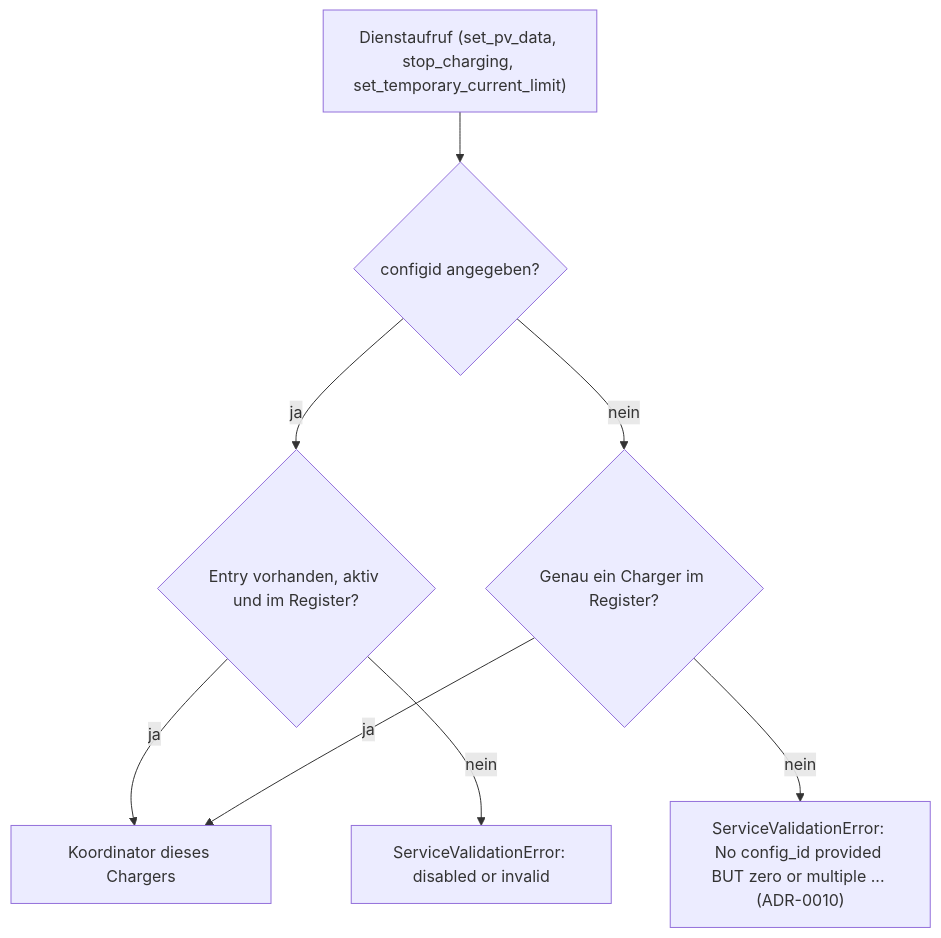
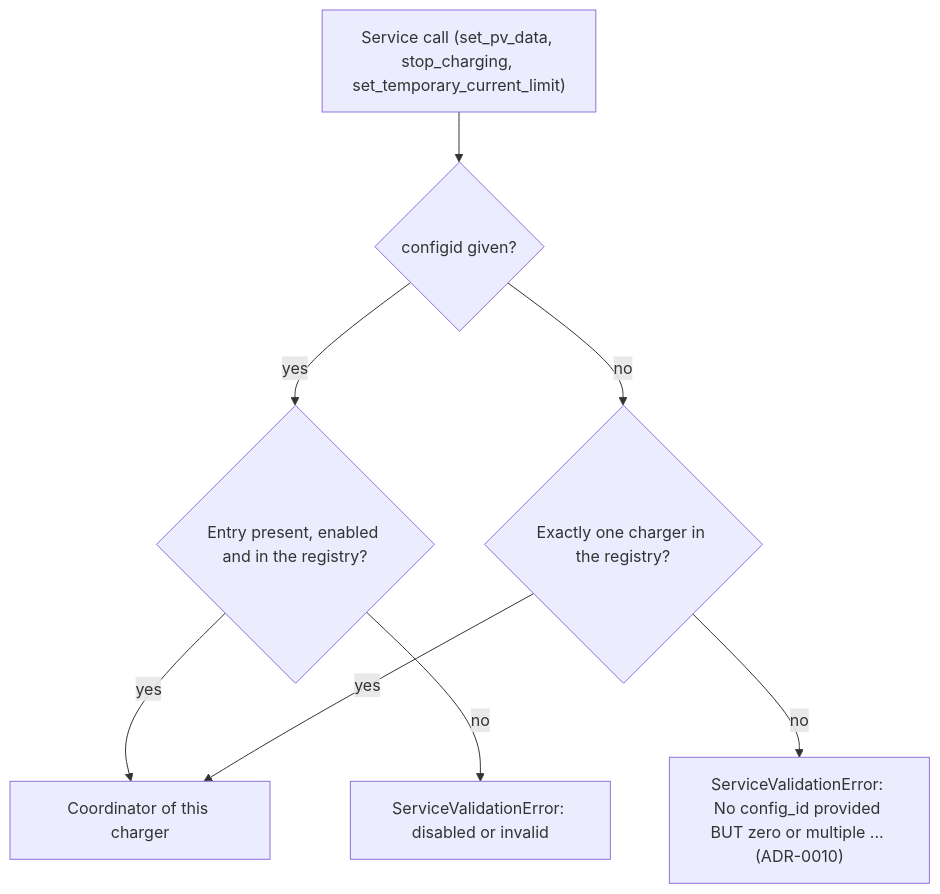
Before and after one commit to OliEder/ha-goecharger-api2: the ninth of 12 diagrams in docs/architecture/arc42-ha-goecharger-api2.md, drawn with Mermaid. The commit also changed other lines of this file and 89 other files, not shown here.

````diff
--- a/docs/architecture/arc42-ha-goecharger-api2.md
+++ b/docs/architecture/arc42-ha-goecharger-api2.md
@@ -413,10 +413,10 @@
 ```mermaid
 flowchart TD
-    A["Dienstaufruf (set_pv_data, stop_charging, set_temporary_current_limit)"] --> B{"configid angegeben?"}
-    B -- ja --> C{"Entry vorhanden, aktiv und im Register?"}
-    C -- ja --> D["Koordinator dieses Chargers"]
-    C -- nein --> E["ServiceValidationError: disabled or invalid"]
-    B -- nein --> F{"Genau ein Charger im Register?"}
-    F -- ja --> D
-    F -- nein --> G["ServiceValidationError: No config_id provided BUT zero or multiple ... (ADR-0010)"]
+    A["Service call (set_pv_data, stop_charging, set_temporary_current_limit)"] --> B{"configid given?"}
+    B -- yes --> C{"Entry present, enabled and in the registry?"}
+    C -- yes --> D["Coordinator of this charger"]
+    C -- no --> E["ServiceValidationError: disabled or invalid"]
+    B -- no --> F{"Exactly one charger in the registry?"}
+    F -- yes --> D
+    F -- no --> G["ServiceValidationError: No config_id provided BUT zero or multiple ... (ADR-0010)"]
 ```
````
